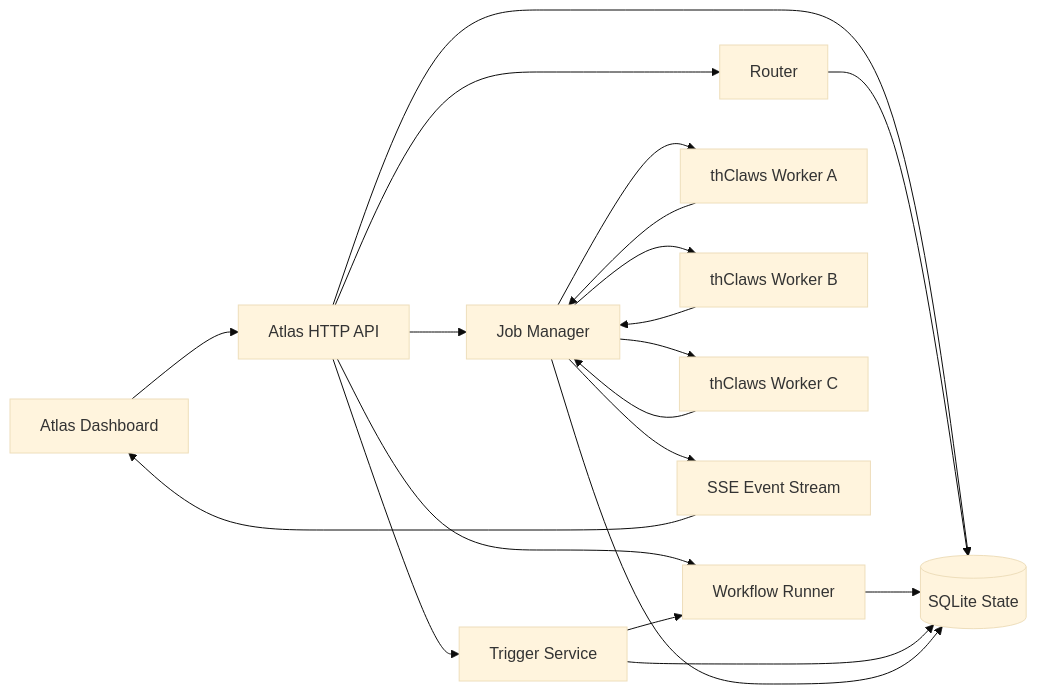
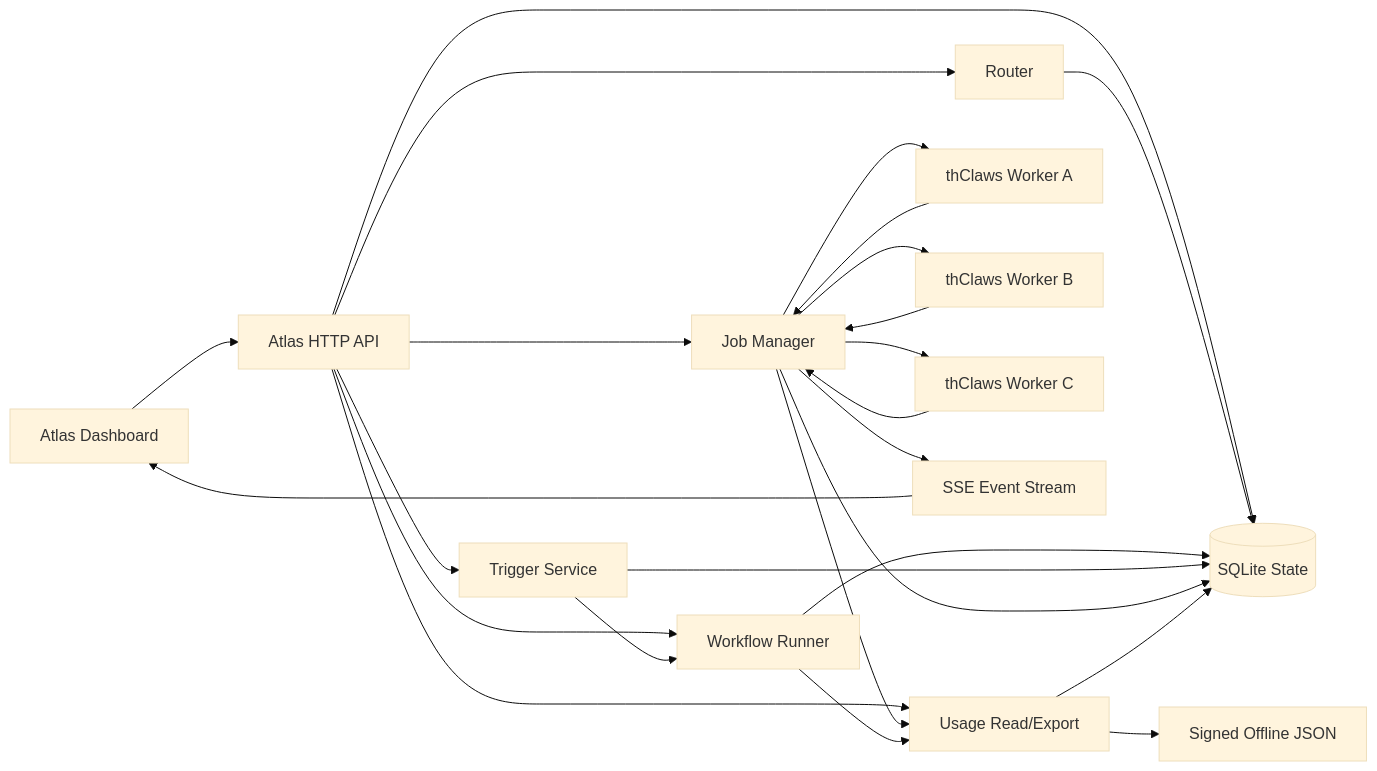
One commit to kaebmoo/atlas-control-plane changed the first of 2 diagrams in docs/architecture.md. Above: the diagram before and after it, drawn with Mermaid (base theme). The commit also changed other lines of this file and 9 other files, not shown here.

````diff
--- a/docs/architecture.md
+++ b/docs/architecture.md
@@ -9,22 +9,27 @@
 ```mermaid
 flowchart LR
   UI["Atlas Dashboard"] --> API["Atlas HTTP API"]
   API --> DB[("SQLite State")]
   API --> Router["Router"]
   Router --> DB
   API --> Workflows["Workflow Runner"]
   API --> Triggers["Trigger Service"]
   Workflows --> DB
   Triggers --> Workflows
   Triggers --> DB
   API --> Jobs["Job Manager"]
+  API --> Usage["Usage Read/Export"]
   Jobs --> DB
+  Jobs --> Usage
+  Workflows --> Usage
+  Usage --> DB
+  Usage --> Offline["Signed Offline JSON"]
   Jobs --> W1["thClaws Worker A"]
   Jobs --> W2["thClaws Worker B"]
   Jobs --> W3["thClaws Worker C"]
   W1 --> Jobs
   W2 --> Jobs
   W3 --> Jobs
   Jobs --> Stream["SSE Event Stream"]
   Stream --> UI
 ```
````
